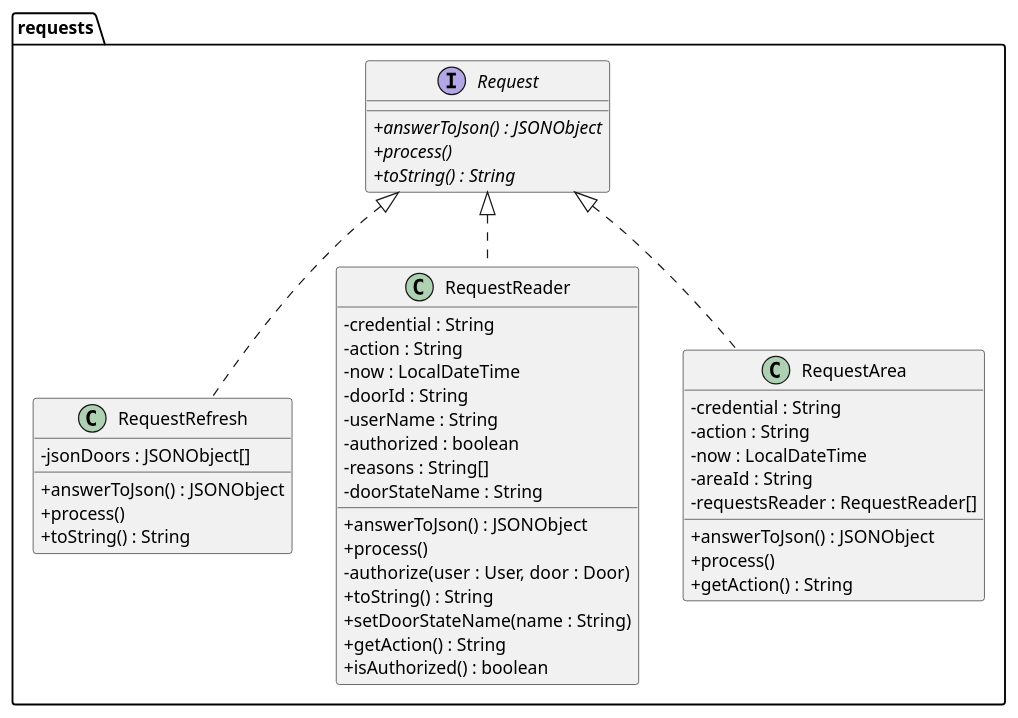
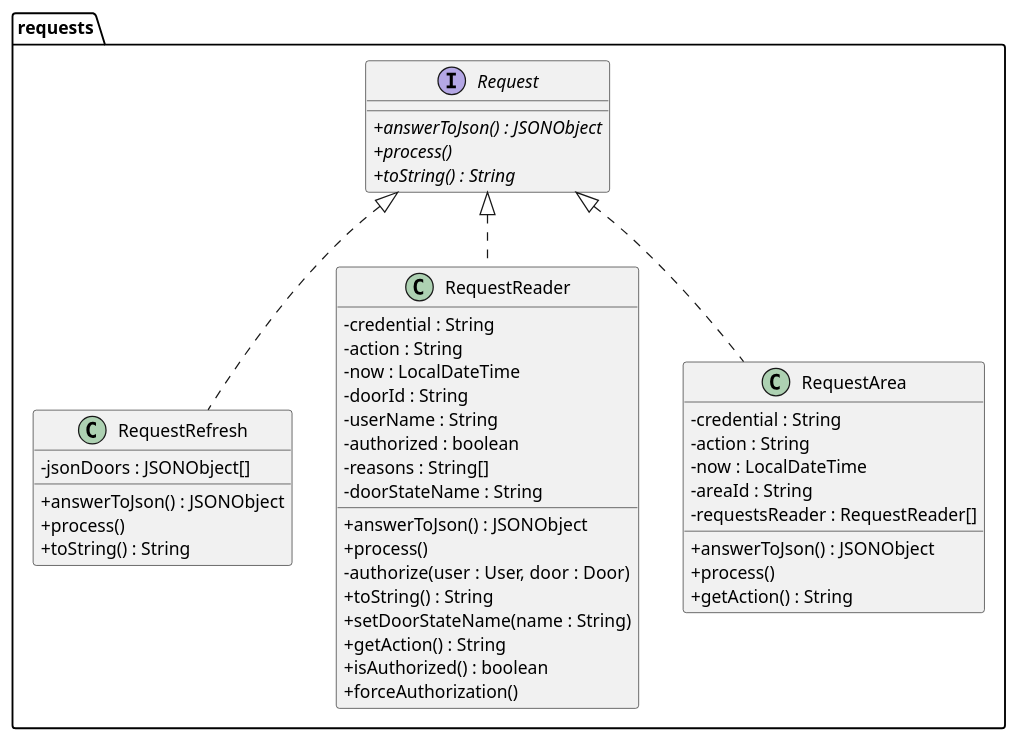
Before and after one commit to PolRS/PracticaDS: the diagram in out/production/PracticaGit/baseNoStates/uml/package_requests.puml, drawn with PlantUML. The commit also changed 20 other files, not shown here.

```diff
--- a/out/production/PracticaGit/baseNoStates/uml/package_requests.puml
+++ b/out/production/PracticaGit/baseNoStates/uml/package_requests.puml
@@ -1,50 +1,51 @@
 @startuml
 'https://plantuml.com/class-diagram
 skinparam classAttributeIconSize 0
 
 package requests {
     interface Request {
     + {abstract} answerToJson() : JSONObject
     + {abstract} process()
     + {abstract} toString() : String
     }
 
     class RequestRefresh implements Request {
     - jsonDoors : JSONObject[]
     + answerToJson() : JSONObject
     + process()
     + toString() : String
     }
 
     class RequestReader implements Request {
     - credential : String
     - action : String
     - now : LocalDateTime
     - doorId : String
     - userName : String
     - authorized : boolean
     - reasons : String[]
     - doorStateName : String
     + answerToJson() : JSONObject
     + process()
     - authorize(user : User, door : Door)
     + toString() : String
     + setDoorStateName(name : String)
     + getAction() : String
     + isAuthorized() : boolean
+    + forceAuthorization()
     }
 
     class RequestArea implements Request {
     - credential : String
     - action : String
     - now : LocalDateTime
     - areaId : String
     - requestsReader : RequestReader[]
     + answerToJson() : JSONObject
     + process()
     + getAction() : String
     }
 }
 
 
 @enduml
```
